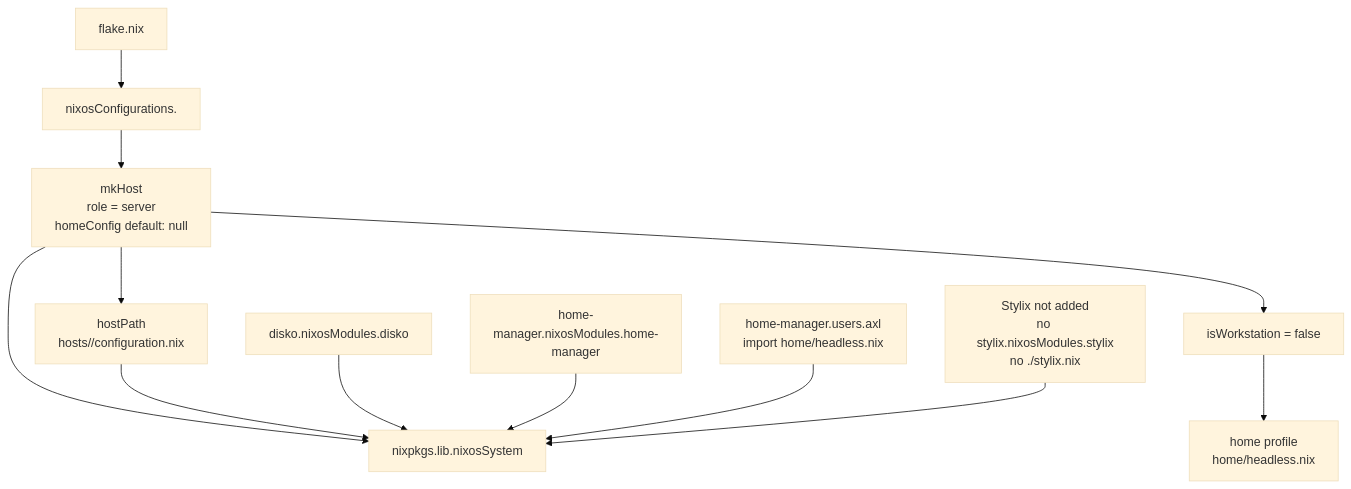
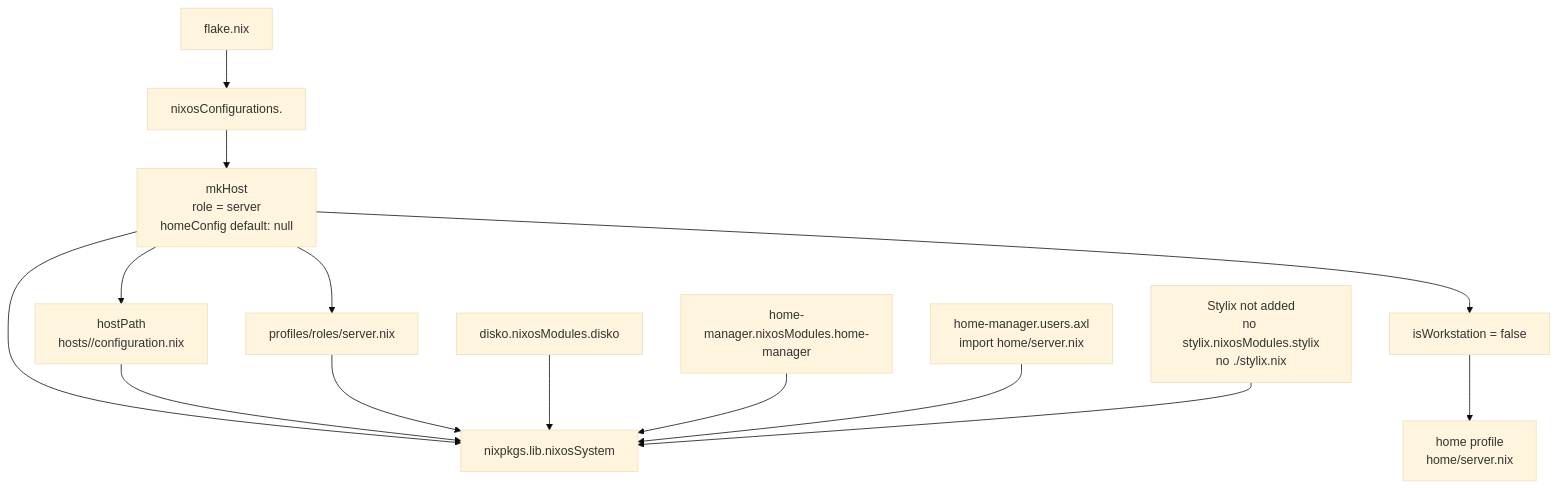
One commit to axler8r/nixotic changed the second of 8 diagrams in docs/server-configuration-route.md. Above: the diagram before and after it, drawn with Mermaid (base theme). The commit also changed other lines of this file and 5 other files, not shown here.

First line of the commit message:
docs(host): describe profiles/ layout and mkHost role injection

````diff
--- a/docs/server-configuration-route.md
+++ b/docs/server-configuration-route.md
@@ -75,28 +76,31 @@
 ```mermaid
 flowchart TD
     Flake["flake.nix"]
     HostEntry["nixosConfigurations.<hostname>"]
     MkHost["mkHost\nrole = server\nhomeConfig default: null"]
     IsWorkstation["isWorkstation = false"]
-    HomeProfile["home profile\nhome/headless.nix"]
+    RoleModule["profiles/roles/server.nix"]
+    HomeProfile["home profile\nhome/server.nix"]
     NixosSystem["nixpkgs.lib.nixosSystem"]
 
     HostPath["hostPath\nhosts/<hostname>/configuration.nix"]
     DiskoModule["disko.nixosModules.disko"]
     HMModule["home-manager.nixosModules.home-manager"]
-    HMUser["home-manager.users.axl\nimport home/headless.nix"]
+    HMUser["home-manager.users.axl\nimport home/server.nix"]
     NoStylix["Stylix not added\nno stylix.nixosModules.stylix\nno ./stylix.nix"]
 
     Flake --> HostEntry
     HostEntry --> MkHost
     MkHost --> HostPath
+    MkHost --> RoleModule
     MkHost --> IsWorkstation
     IsWorkstation --> HomeProfile
     MkHost --> NixosSystem
 
     HostPath --> NixosSystem
+    RoleModule --> NixosSystem
     DiskoModule --> NixosSystem
     HMModule --> NixosSystem
     HMUser --> NixosSystem
     NoStylix --> NixosSystem
 ```
````
